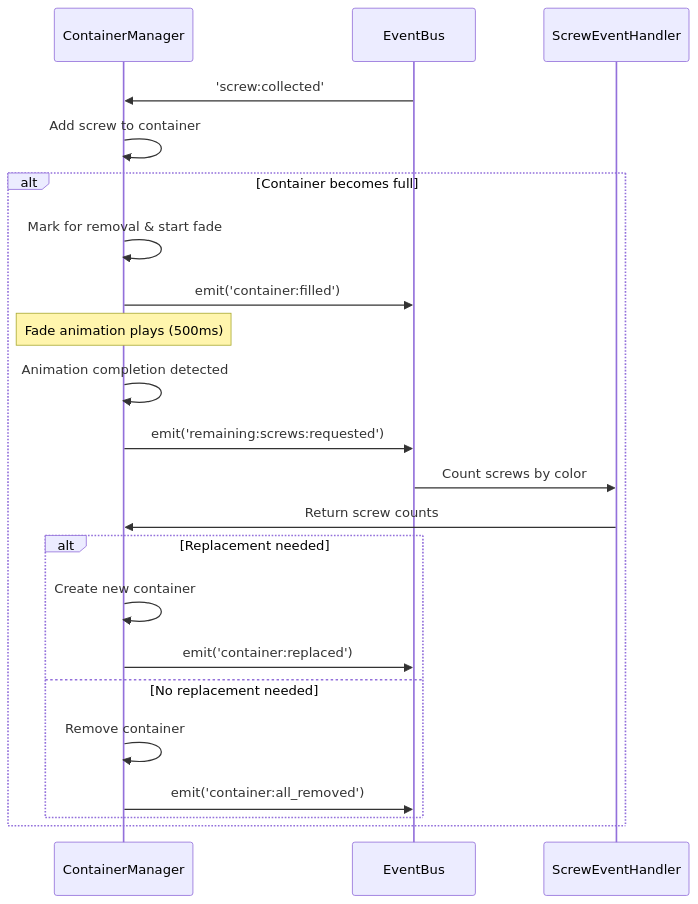
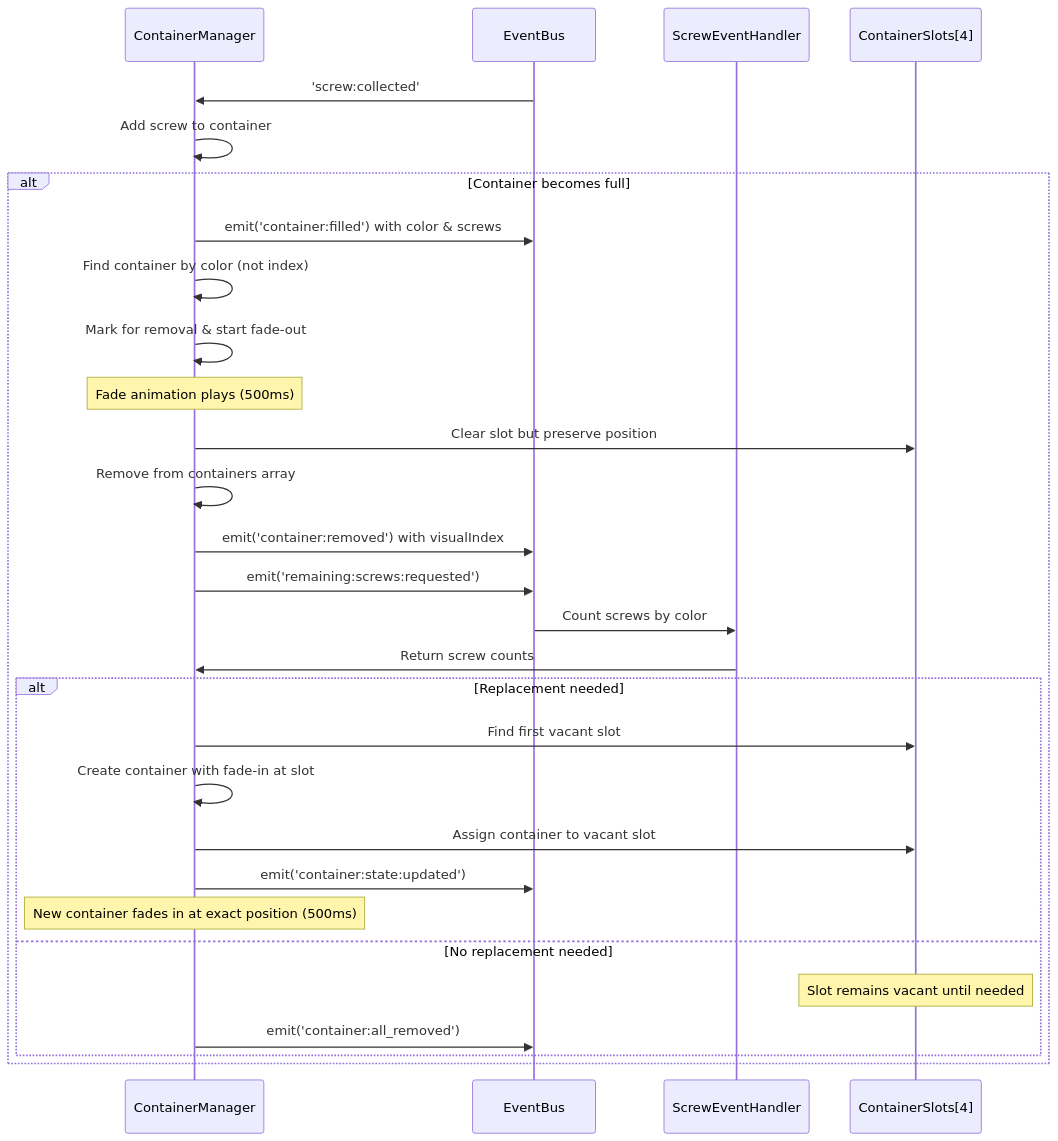
The third of 3 diagrams in docs/game_architecture.md (paulrobello/par-shape-2d), drawn with Mermaid before and after one commit. The commit also changed other lines of this file and 15 other files, not shown here.

````diff
--- a/docs/game_architecture.md
+++ b/docs/game_architecture.md
@@ -304,29 +313,37 @@
 ```mermaid
 sequenceDiagram
     participant CM as ContainerManager
     participant EB as EventBus
     participant SEH as ScrewEventHandler
+    participant Slots as ContainerSlots[4]
 
     EB->>CM: 'screw:collected'
     CM->>CM: Add screw to container
     
     alt Container becomes full
-        CM->>CM: Mark for removal & start fade
-        CM->>EB: emit('container:filled')
+        CM->>EB: emit('container:filled') with color & screws
+        CM->>CM: Find container by color (not index)
+        CM->>CM: Mark for removal & start fade-out
         
         Note over CM: Fade animation plays (500ms)
         
-        CM->>CM: Animation completion detected
+        CM->>Slots: Clear slot but preserve position
+        CM->>CM: Remove from containers array
+        CM->>EB: emit('container:removed') with visualIndex
+        
         CM->>EB: emit('remaining:screws:requested')
         EB->>SEH: Count screws by color
         SEH->>CM: Return screw counts
         
         alt Replacement needed
-            CM->>CM: Create new container
-            CM->>EB: emit('container:replaced')
+            CM->>Slots: Find first vacant slot
+            CM->>CM: Create container with fade-in at slot
+            CM->>Slots: Assign container to vacant slot
+            CM->>EB: emit('container:state:updated')
+            Note over CM: New container fades in at exact position (500ms)
         else No replacement needed
-            CM->>CM: Remove container
+            Note over Slots: Slot remains vacant until needed
             CM->>EB: emit('container:all_removed')
         end
     end
 ```
````
